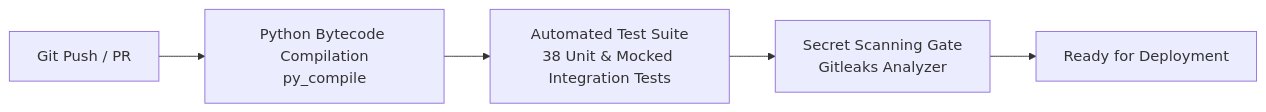
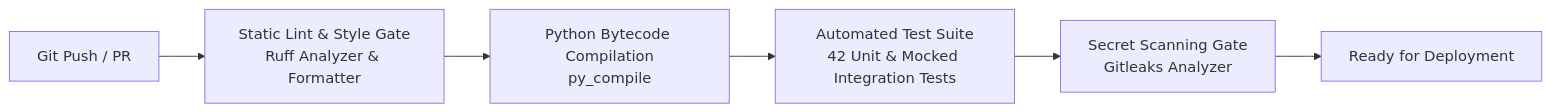
One commit to Tuhinshu/Second-Brain changed the sixth of 6 diagrams in ARCHITECTURE.md. Above: the diagram before and after it, drawn with Mermaid. The commit also changed other lines of this file and 12 other files, not shown here.

````diff
--- a/ARCHITECTURE.md
+++ b/ARCHITECTURE.md
@@ -246,7 +306,8 @@
 ```mermaid
 graph LR
-    Push[Git Push / PR] --> Compile[Python Bytecode Compilation<br>py_compile]
-    Compile --> TestSuite[Automated Test Suite<br>38 Unit & Mocked Integration Tests]
+    Push[Git Push / PR] --> Lint[Static Lint & Style Gate<br>Ruff Analyzer & Formatter]
+    Lint --> Compile[Python Bytecode Compilation<br>py_compile]
+    Compile --> TestSuite[Automated Test Suite<br>42 Unit & Mocked Integration Tests]
     TestSuite --> SecurityScan[Secret Scanning Gate<br>Gitleaks Analyzer]
     SecurityScan --> Deploy[Ready for Deployment]
 ```
````
